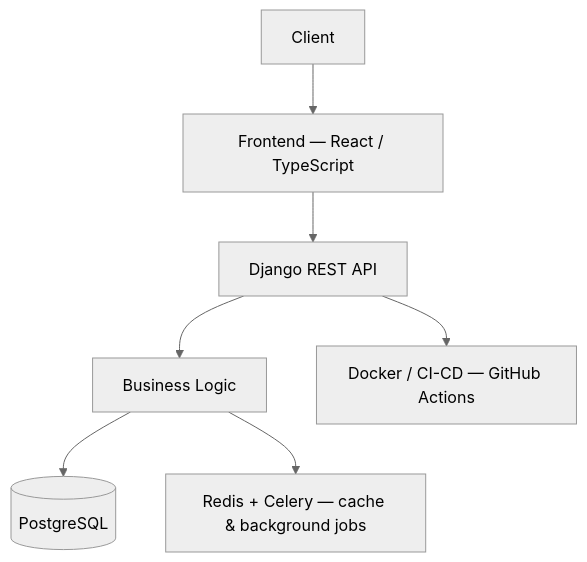
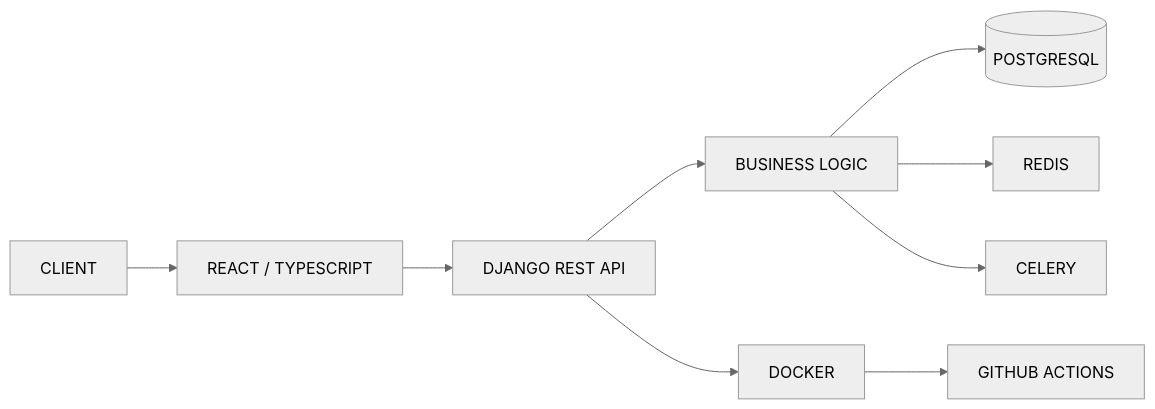
One commit to Sharatpsd/Sharatpsd changed the first of 3 diagrams in README.md. Above: the diagram before and after it, drawn with Mermaid (neutral theme). The commit also changed other lines of this file, not shown here.

````diff
--- a/README.md
+++ b/README.md
@@ -149,9 +257,11 @@
 ```mermaid
-flowchart TD
-    A[Client] --> B[Frontend — React / TypeScript]
-    B --> C[Django REST API]
-    C --> D[Business Logic]
-    D --> E[(PostgreSQL)]
-    D --> F[Redis + Celery — cache & background jobs]
-    C --> G[Docker / CI-CD — GitHub Actions]
+flowchart LR
+    A[CLIENT] --> B[REACT / TYPESCRIPT]
+    B --> C[DJANGO REST API]
+    C --> D[BUSINESS LOGIC]
+    D --> E[(POSTGRESQL)]
+    D --> F[REDIS]
+    D --> G[CELERY]
+    C --> H[DOCKER]
+    H --> I[GITHUB ACTIONS]
 ```
````
